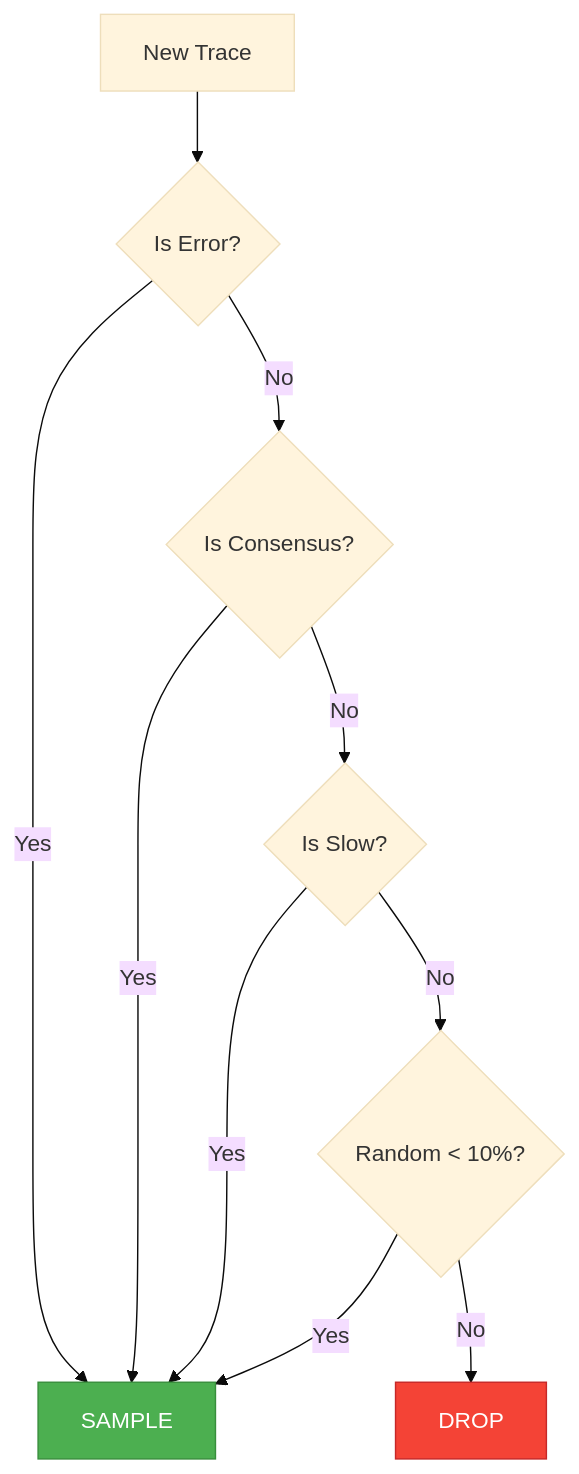
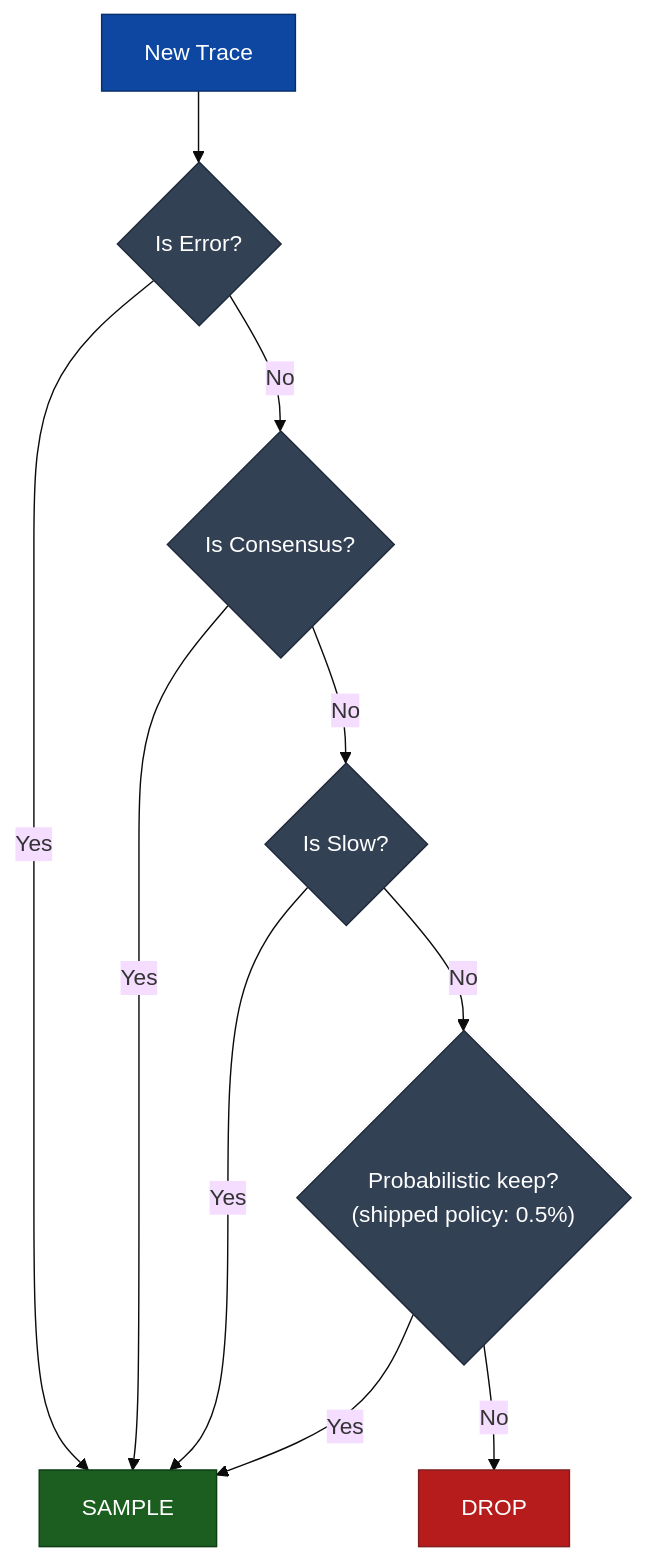
The fourth of 5 diagrams in OpenTelemetryPlan/03-implementation-strategy.md (XRPLF/rippled), drawn with Mermaid (base theme) before and after one commit. The commit also changed other lines of this file and 34 other files, not shown here.

````diff
--- a/OpenTelemetryPlan/03-implementation-strategy.md
+++ b/OpenTelemetryPlan/03-implementation-strategy.md
@@ -290,20 +370,25 @@
 ```mermaid
 flowchart TD
     trace["New Trace"]
 
     trace --> errors{"Is Error?"}
     errors -->|Yes| sample["SAMPLE"]
     errors -->|No| consensus{"Is Consensus?"}
 
     consensus -->|Yes| sample
     consensus -->|No| slow{"Is Slow?"}
 
     slow -->|Yes| sample
-    slow -->|No| prob{"Random < 10%?"}
+    slow -->|No| prob{"Probabilistic keep?<br/>(shipped policy: 0.5%)"}
 
     prob -->|Yes| sample
     prob -->|No| drop["DROP"]
 
-    style sample fill:#4caf50,stroke:#388e3c,color:#fff
-    style drop fill:#f44336,stroke:#c62828,color:#fff
+    style sample fill:#1b5e20,stroke:#0d3d14,color:#fff
+    style drop fill:#b71c1c,stroke:#7f1d1d,color:#fff
+    style trace fill:#0d47a1,stroke:#082f6a,color:#fff
+    style errors fill:#334155,stroke:#1e293b,color:#fff
+    style consensus fill:#334155,stroke:#1e293b,color:#fff
+    style slow fill:#334155,stroke:#1e293b,color:#fff
+    style prob fill:#334155,stroke:#1e293b,color:#fff
 ```
````
